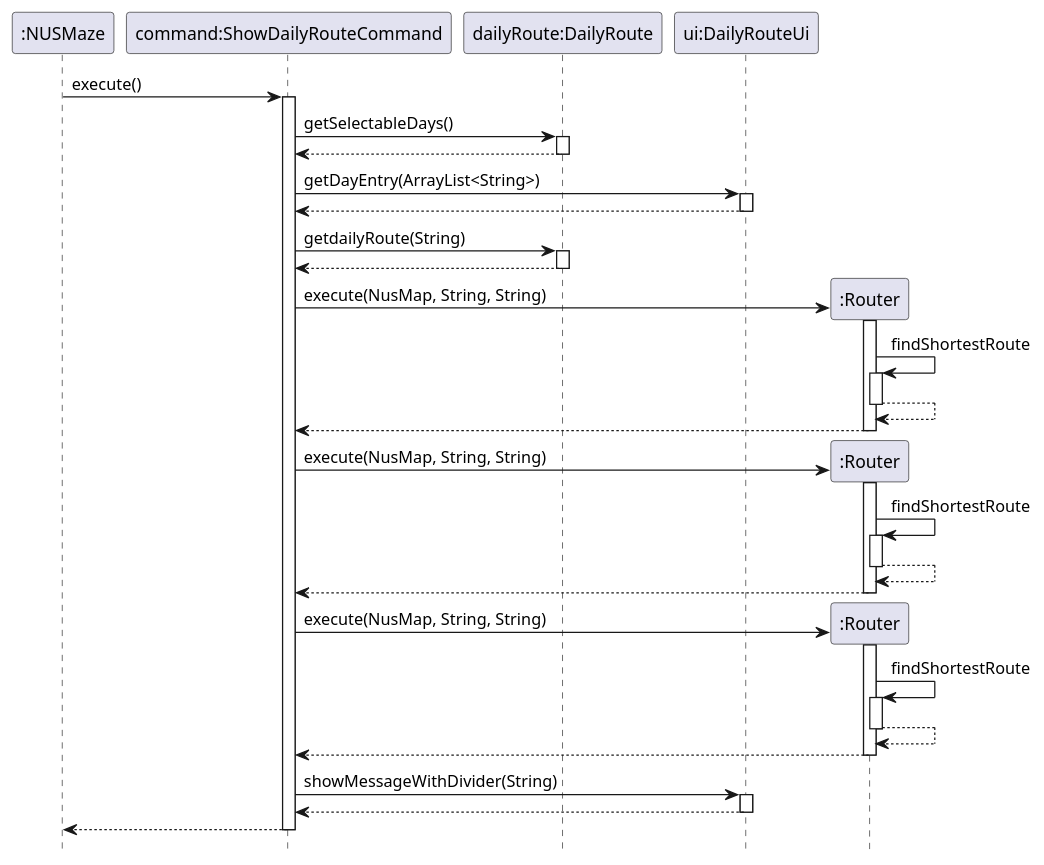
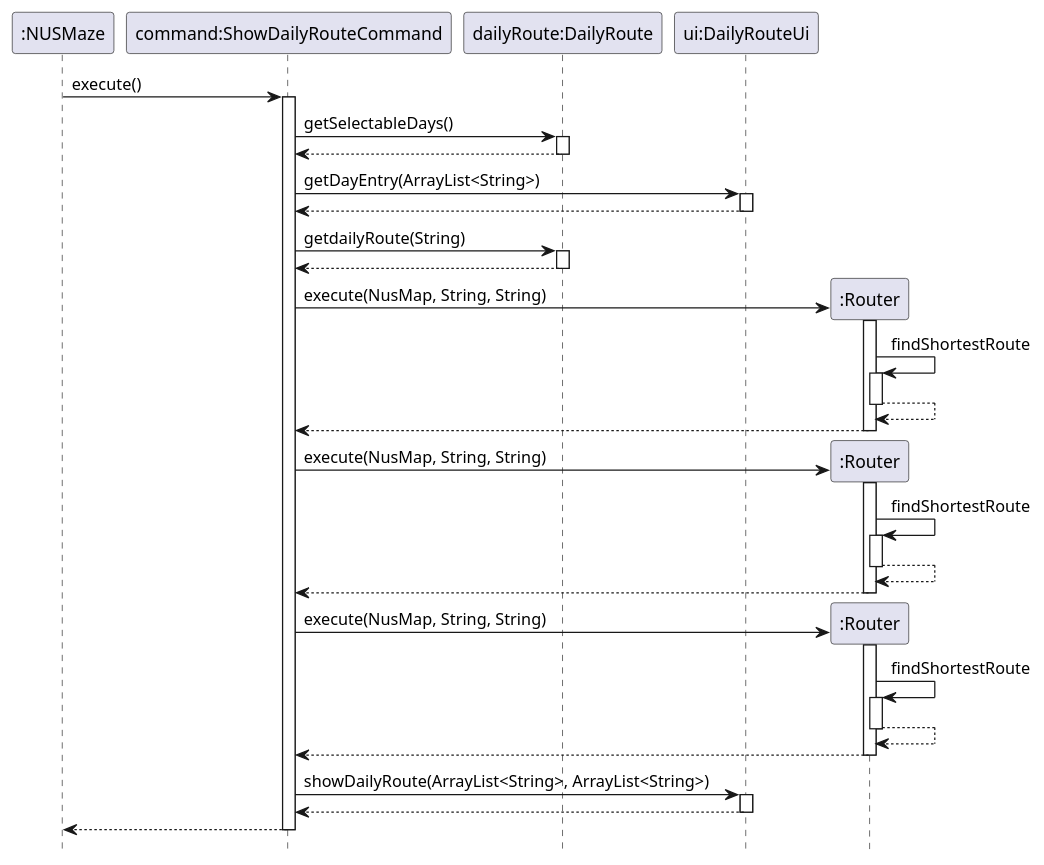
Before and after one commit to nus-cs2113-AY2021S2/tp: the diagram in docs/puml/showday.puml, drawn with PlantUML. The commit also changed 9 other files, not shown here.

Commit message:
Edited DG ro reflect updated daily route commands. Edited daily route commands to follow delete command keyword Edited Ui prompt to follow standard casing

```diff
--- a/docs/puml/showday.puml
+++ b/docs/puml/showday.puml
@@ -1,48 +1,48 @@
 @startuml
 hide footbox
 
 participant ":NUSMaze"
 ":NUSMaze" -> "command:ShowDailyRouteCommand" : execute()
 activate "command:ShowDailyRouteCommand"
 "command:ShowDailyRouteCommand" -> "dailyRoute:DailyRoute" : getSelectableDays()
 activate "dailyRoute:DailyRoute"
 return
 deactivate "dailyRoute:DailyRoute"
 "command:ShowDailyRouteCommand" -> "ui:DailyRouteUi" : getDayEntry(ArrayList<String>)
 activate "ui:DailyRouteUi"
 return
 deactivate "ui:DailyRouteUi"
 "command:ShowDailyRouteCommand" -> "dailyRoute:DailyRoute" : getdailyRoute(String)
 activate "dailyRoute:DailyRoute"
 return
 deactivate "dailyRoute:DailyRoute"
 
 create ":Router"
 "command:ShowDailyRouteCommand" -> ":Router" : execute(NusMap, String, String)
 activate ":Router"
 ":Router" -> ":Router" : findShortestRoute
 activate ":Router"
 return
 return
 create ":Router"
 "command:ShowDailyRouteCommand" -> ":Router" : execute(NusMap, String, String)
 activate ":Router"
 ":Router" -> ":Router" : findShortestRoute
 activate ":Router"
 return
 return
 create ":Router"
 "command:ShowDailyRouteCommand" -> ":Router" : execute(NusMap, String, String)
 activate ":Router"
 ":Router" -> ":Router" : findShortestRoute
 activate ":Router"
 return
 return
 
-"command:ShowDailyRouteCommand" -> "ui:DailyRouteUi": showMessageWithDivider(String)
+"command:ShowDailyRouteCommand" -> "ui:DailyRouteUi": showDailyRoute(ArrayList<String>, ArrayList<String>)
 activate "ui:DailyRouteUi"
 return
 deactivate "ui:DailyRouteUi"
 "command:ShowDailyRouteCommand" --> ":NUSMaze"
 deactivate "command:ShowDailyRouteCommand"
 @enduml
```
